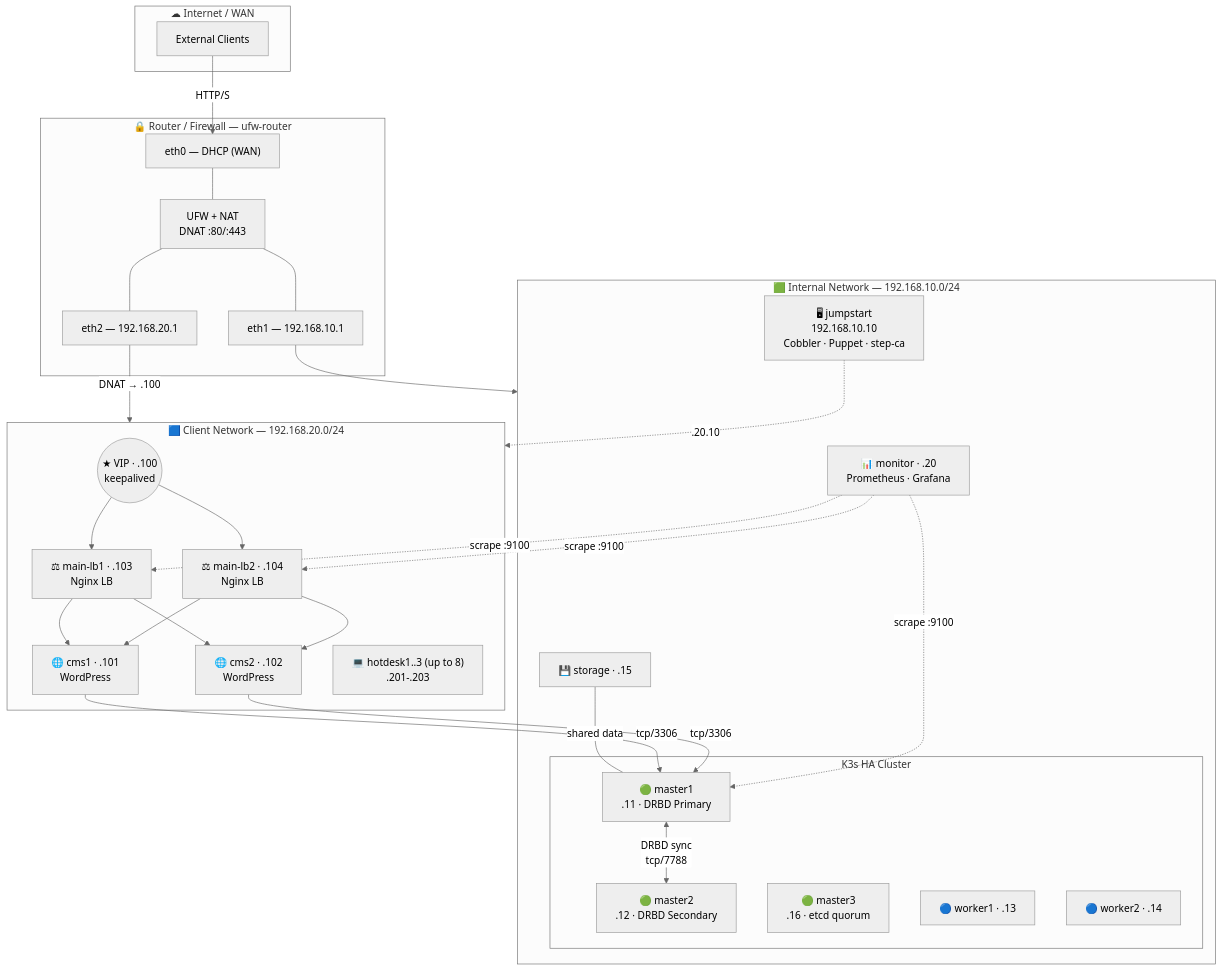
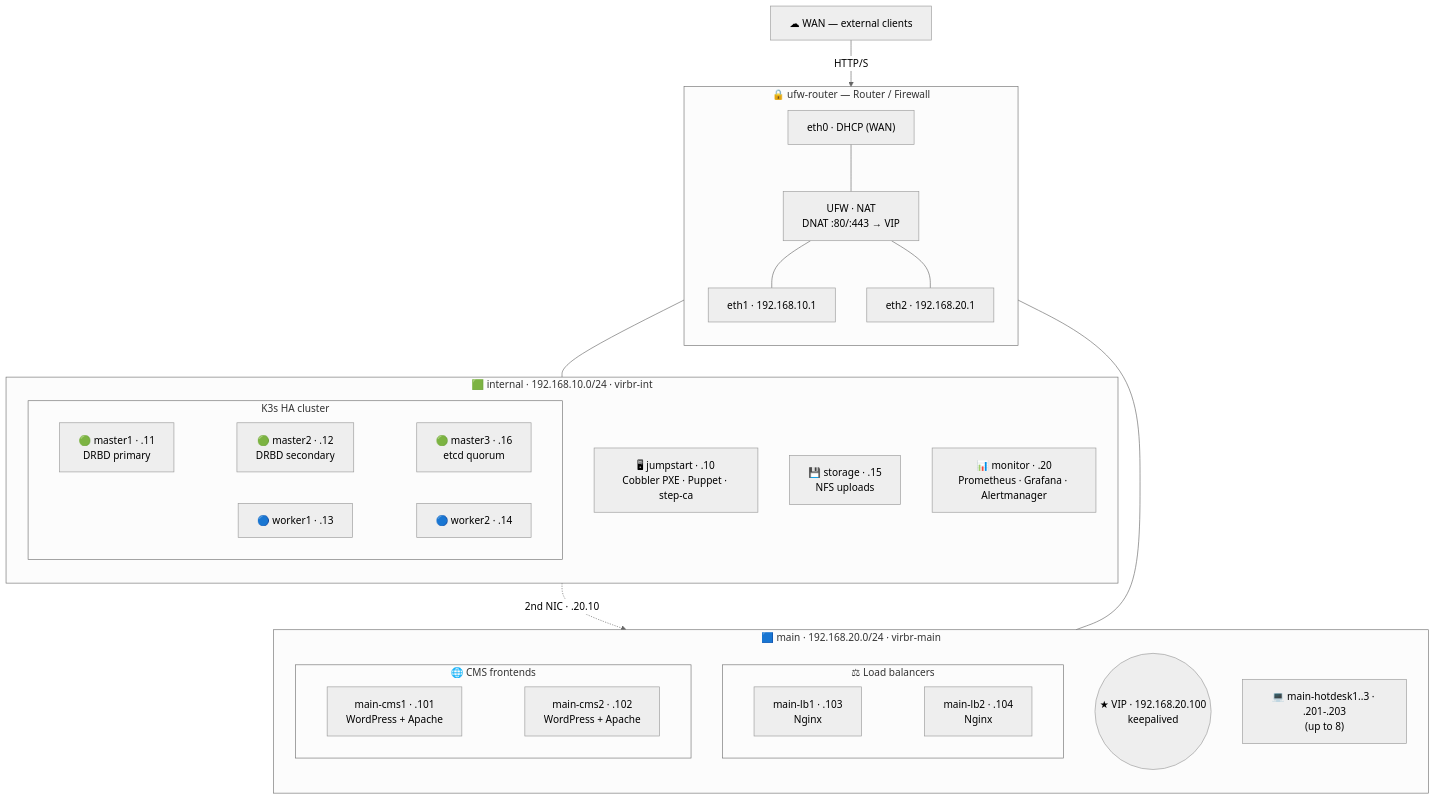
One commit to Aitor42/CMS-HA-Infrastructure changed the diagram in docs/PLAN.md. Above: the diagram before and after it, drawn with Mermaid (neutral theme). The commit also changed other lines of this file and 4 other files, not shown here.

````diff
--- a/docs/PLAN.md
+++ b/docs/PLAN.md
@@ -153,59 +153,53 @@
 ```mermaid
 graph TB
-    subgraph WAN["☁ Internet / WAN"]
-        INET["External Clients"]
+    WAN["☁ WAN — external clients"]
+
+    subgraph ROUTER["🔒 ufw-router — Router / Firewall"]
+        direction TB
+        R_WAN["eth0 · DHCP (WAN)"]
+        R_FW["UFW · NAT<br/>DNAT :80/:443 → VIP"]
+        R_INT["eth1 · 192.168.10.1"]
+        R_MAIN["eth2 · 192.168.20.1"]
+        R_WAN --- R_FW --- R_INT
+        R_FW --- R_MAIN
     end
 
-    subgraph ROUTER["🔒 Router / Firewall — ufw-router"]
-        R_ETH0["eth0 — DHCP (WAN)"]
-        R_FW["UFW + NAT<br/>DNAT :80/:443"]
-        R_ETH1["eth1 — 192.168.10.1"]
-        R_ETH2["eth2 — 192.168.20.1"]
-        R_ETH0 --- R_FW
-        R_FW --- R_ETH1
-        R_FW --- R_ETH2
+    subgraph INTERNAL["🟩 internal · 192.168.10.0/24 · virbr-int"]
+        direction TB
+        JS["🖥 jumpstart · .10<br/>Cobbler PXE · Puppet · step-ca"]
+
+        subgraph K3S["K3s HA cluster"]
+            M1["🟢 master1 · .11<br/>DRBD primary"]
+            M2["🟢 master2 · .12<br/>DRBD secondary"]
+            M3["🟢 master3 · .16<br/>etcd quorum"]
+            W1["🔵 worker1 · .13"]
+            W2["🔵 worker2 · .14"]
+            M1 ~~~ M2 ~~~ M3
+            W1 ~~~ W2
+        end
+
+        ST["💾 storage · .15<br/>NFS uploads"]
+        MON["📊 monitor · .20<br/>Prometheus · Grafana · Alertmanager"]
     end
 
-    subgraph INTERNAL["🟩 Internal Network — 192.168.10.0/24"]
-        JS["🖥 jumpstart<br/>192.168.10.10<br/>Cobbler · Puppet · step-ca"]
-
-        subgraph K3S["K3s HA Cluster"]
-            M1["🟢 master1<br/>.11 · DRBD Primary"]
-            M2["🟢 master2<br/>.12 · DRBD Secondary"]
-            M3["🟢 master3<br/>.16 · etcd quorum"]
-            W1["🔵 worker1 · .13"]
-            W2["🔵 worker2 · .14"]
+    subgraph MAIN["🟦 main · 192.168.20.0/24 · virbr-main"]
+        direction TB
+        VIP(("★ VIP · 192.168.20.100<br/>keepalived"))
+        subgraph LBS["⚖ Load balancers"]
+            LB1["main-lb1 · .103<br/>Nginx"]
+            LB2["main-lb2 · .104<br/>Nginx"]
+            LB1 ~~~ LB2
         end
-
-        ST["💾 storage · .15"]
-        MON["📊 monitor · .20<br/>Prometheus · Grafana"]
+        subgraph FES["🌐 CMS frontends"]
+            CMS1["main-cms1 · .101<br/>WordPress + Apache"]
+            CMS2["main-cms2 · .102<br/>WordPress + Apache"]
+            CMS1 ~~~ CMS2
+        end
+        HD["💻 main-hotdesk1..3 · .201-.203<br/>(up to 8)"]
     end
 
-    subgraph MAIN["🟦 Client Network — 192.168.20.0/24"]
-        VIP(("★ VIP · .100<br/>keepalived"))
-        LB1["⚖ main-lb1 · .103<br/>Nginx LB"]
-        LB2["⚖ main-lb2 · .104<br/>Nginx LB"]
-        CMS1["🌐 cms1 · .101<br/>WordPress"]
-        CMS2["🌐 cms2 · .102<br/>WordPress"]
-        HD["💻 hotdesk1..3 (up to 8)<br/>.201-.203"]
-    end
-
-    INET -->|"HTTP/S"| R_ETH0
-    R_ETH1 --> INTERNAL
-    R_ETH2 -->|"DNAT → .100"| MAIN
-    JS -.->|".20.10"| MAIN
-
-    M1 <-->|"DRBD sync<br/>tcp/7788"| M2
-    ST ---|"shared data"| M1
-    VIP --> LB1
-    VIP --> LB2
-    LB1 --> CMS1
-    LB1 --> CMS2
-    LB2 --> CMS1
-    LB2 --> CMS2
-    CMS1 -->|"tcp/3306"| M1
-    CMS2 -->|"tcp/3306"| M1
-    MON -.->|"scrape :9100"| M1
-    MON -.->|"scrape :9100"| LB1
-    MON -.->|"scrape :9100"| LB2
+    WAN -->|"HTTP/S"| R_WAN
+    R_INT --- INTERNAL
+    R_MAIN --- MAIN
+    JS -.->|"2nd NIC · .20.10"| MAIN
 ```
````
